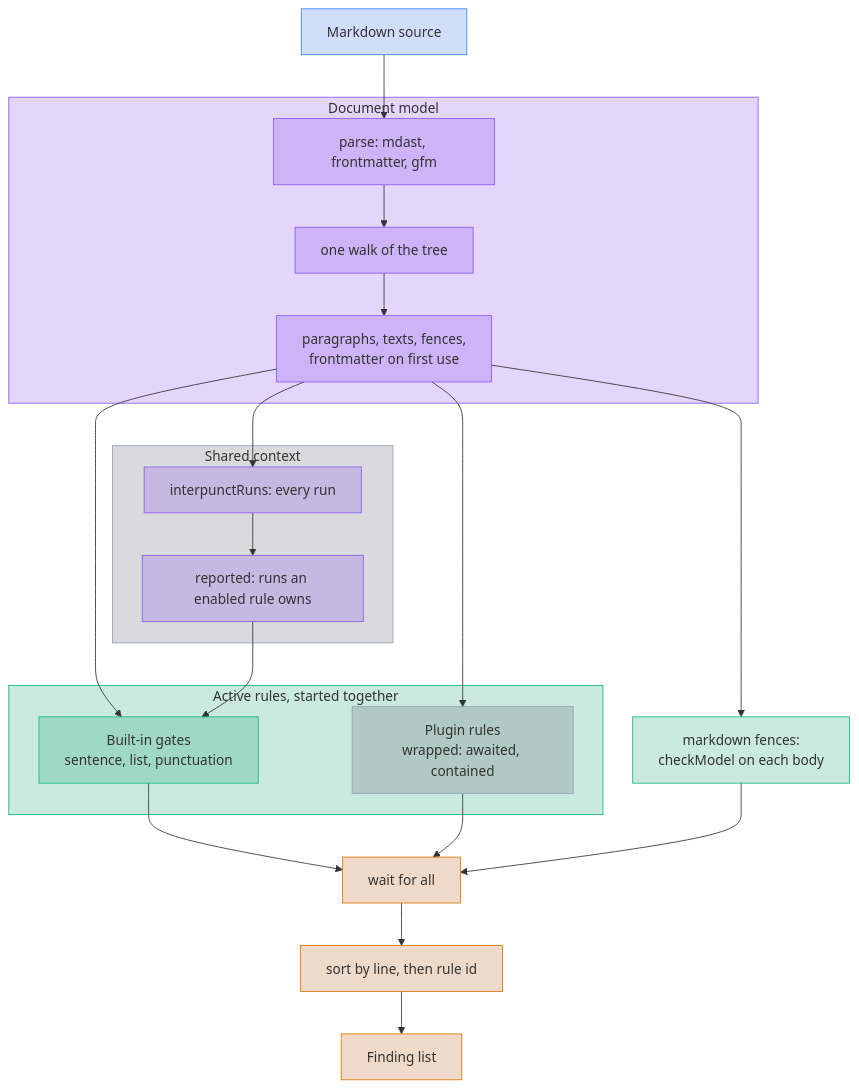
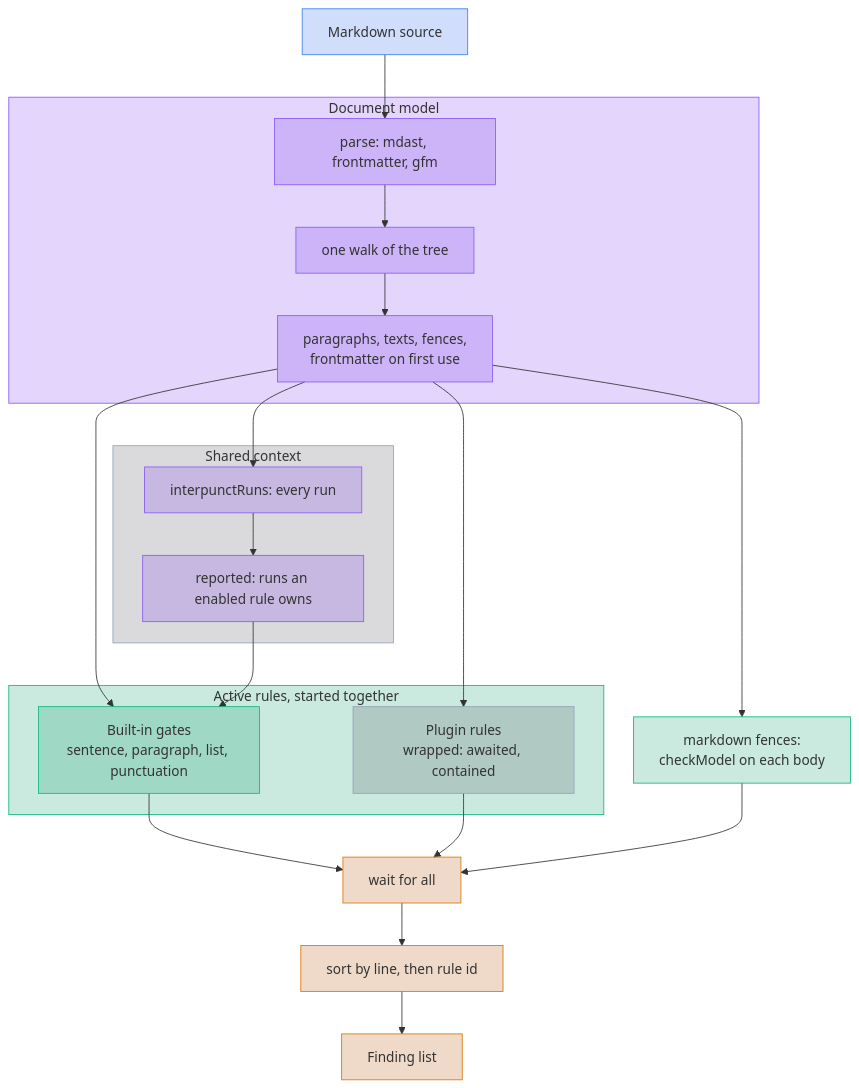
The tenth of 20 diagrams in docs/DATA_MODEL.md (jpeakai/jpai-prose-gates), drawn with Mermaid before and after one commit. The commit also changed other lines of this file and 163 other files, not shown here.

First line of the commit message:
feat: paragraph sentence budget, glossary concepts, and agent evals

````diff
--- a/docs/DATA_MODEL.md
+++ b/docs/DATA_MODEL.md
@@ -288,47 +358,47 @@
 ```mermaid
 flowchart TB
     SRC["Markdown source"]:::source
 
     subgraph model["Document model"]
         PARSE["parse: mdast, frontmatter, gfm"]:::build
         WALK["one walk of the tree"]:::build
         VIEWS["paragraphs, texts, fences,<br/>frontmatter on first use"]:::view
     end
 
     subgraph ctx["Shared context"]
         RUNS["interpunctRuns: every run"]:::build
         REP["reported: runs an enabled rule owns"]:::build
     end
 
     subgraph rules["Active rules, started together"]
-        BUILTIN["Built-in gates<br/>sentence, list, punctuation"]:::gate
+        BUILTIN["Built-in gates<br/>sentence, paragraph, list, punctuation"]:::gate
         PLUGIN["Plugin rules<br/>wrapped: awaited, contained"]:::ext
     end
 
     FENCE["markdown fences:<br/>checkModel on each body"]:::gate
     WAIT["wait for all"]:::out
     SORT["sort by line, then rule id"]:::out
     OUT["Finding list"]:::out
 
     SRC --> PARSE --> WALK --> VIEWS
     VIEWS --> RUNS --> REP
     VIEWS --> BUILTIN
     REP --> BUILTIN
     VIEWS --> PLUGIN
     VIEWS --> FENCE
     BUILTIN --> WAIT
     PLUGIN --> WAIT
     FENCE --> WAIT
     WAIT --> SORT --> OUT
 
     classDef source fill:#2563eb36,stroke:#3b82f6
     classDef build  fill:#7c3aed36,stroke:#8b5cf6
     classDef view   fill:#7c3aed36,stroke:#8b5cf6
     classDef gate   fill:#05966936,stroke:#10b981
     classDef ext    fill:#52525b36,stroke:#94a3b8
     classDef out    fill:#b4530936,stroke:#d97706
 
     style model fill:#7c3aed36,stroke:#8b5cf6
     style ctx fill:#52525b36,stroke:#94a3b8
     style rules fill:#05966936,stroke:#10b981
 ```
````
